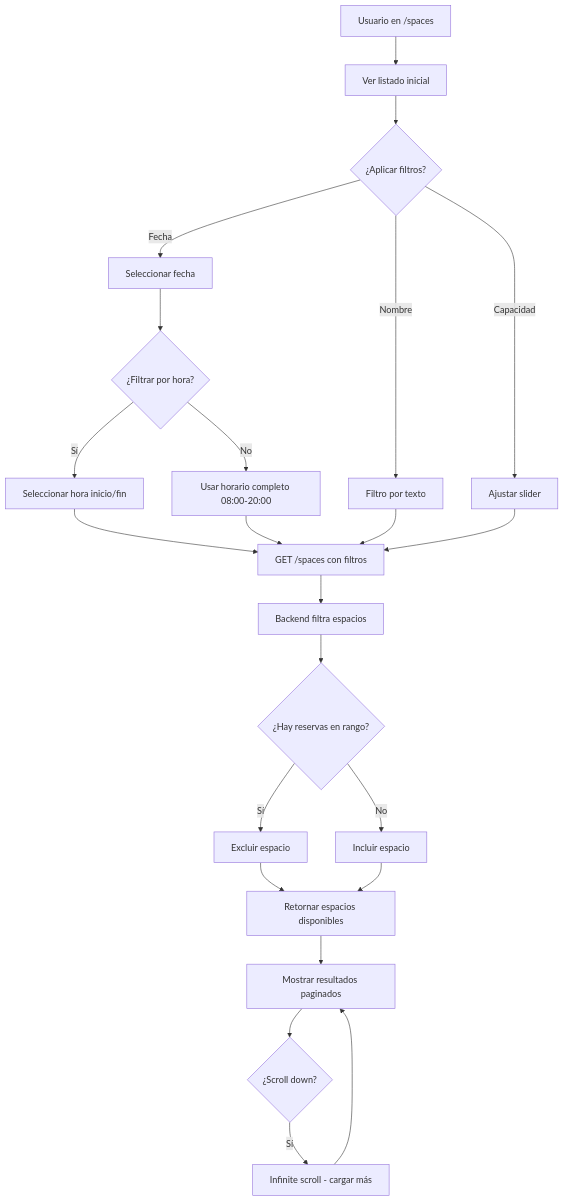
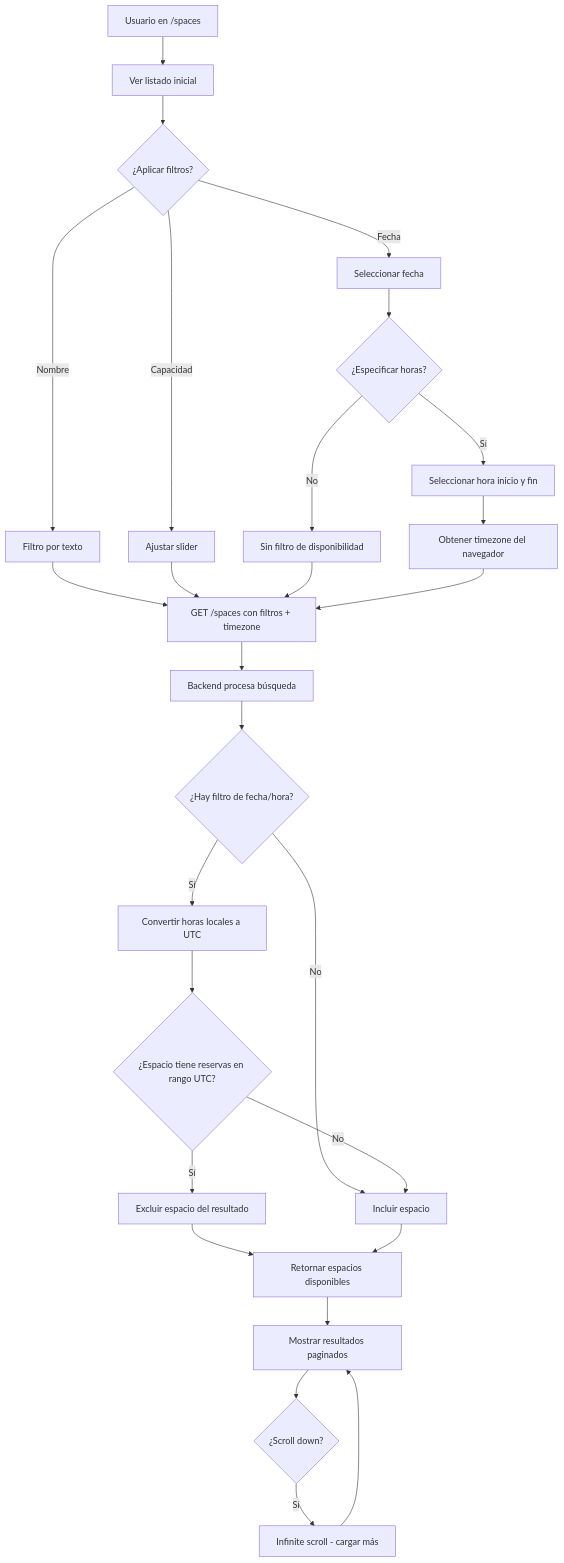
Before and after one commit to fjah90/tots_test: the second of 7 diagrams in README.md, drawn with Mermaid. The commit also changed other lines of this file, not shown here.

Commit message:
feat: Enhance reservation filtering with multi-timezone support and updated availability parameters

````diff
--- a/README.md
+++ b/README.md
@@ -312,31 +313,40 @@
 ```mermaid
 flowchart TD
     A[Usuario en /spaces] --> B[Ver listado inicial]
     B --> C{¿Aplicar filtros?}
     
     C -->|Nombre| D[Filtro por texto]
     C -->|Fecha| E[Seleccionar fecha]
     C -->|Capacidad| F[Ajustar slider]
     
-    E --> G{¿Filtrar por hora?}
-    G -->|Sí| H[Seleccionar hora inicio/fin]
-    G -->|No| I[Usar horario completo 08:00-20:00]
-    
-    H --> J[GET /spaces con filtros]
-    I --> J
     D --> J
     F --> J
     
-    J --> K[Backend filtra espacios]
-    K --> L{¿Hay reservas en rango?}
-    L -->|Sí| M[Excluir espacio]
-    L -->|No| N[Incluir espacio]
+    E --> G{¿Especificar horas?}
+    G -->|Sí| H[Seleccionar hora inicio y fin]
+    G -->|No| I[Sin filtro de disponibilidad]
     
-    M --> O[Retornar espacios disponibles]
-    N --> O
-    O --> P[Mostrar resultados paginados]
+    I --> J
     
-    P --> Q{¿Scroll down?}
-    Q -->|Sí| R[Infinite scroll - cargar más]
-    R --> P
+    H --> TZ[Obtener timezone del navegador]
+    TZ --> J[GET /spaces con filtros + timezone]
+    
+    J --> K[Backend procesa búsqueda]
+    
+    K --> L{¿Hay filtro de fecha/hora?}
+    L -->|No| O
+    L -->|Sí| M[Convertir horas locales a UTC]
+    
+    M --> N{¿Espacio tiene reservas en rango UTC?}
+    N -->|Sí| P[Excluir espacio del resultado]
+    N -->|No| O[Incluir espacio]
+    
+    P --> Q[Retornar espacios disponibles]
+    O --> Q
+    
+    Q --> R[Mostrar resultados paginados]
+    
+    R --> S{¿Scroll down?}
+    S -->|Sí| T[Infinite scroll - cargar más]
+    T --> R
 ```
````
